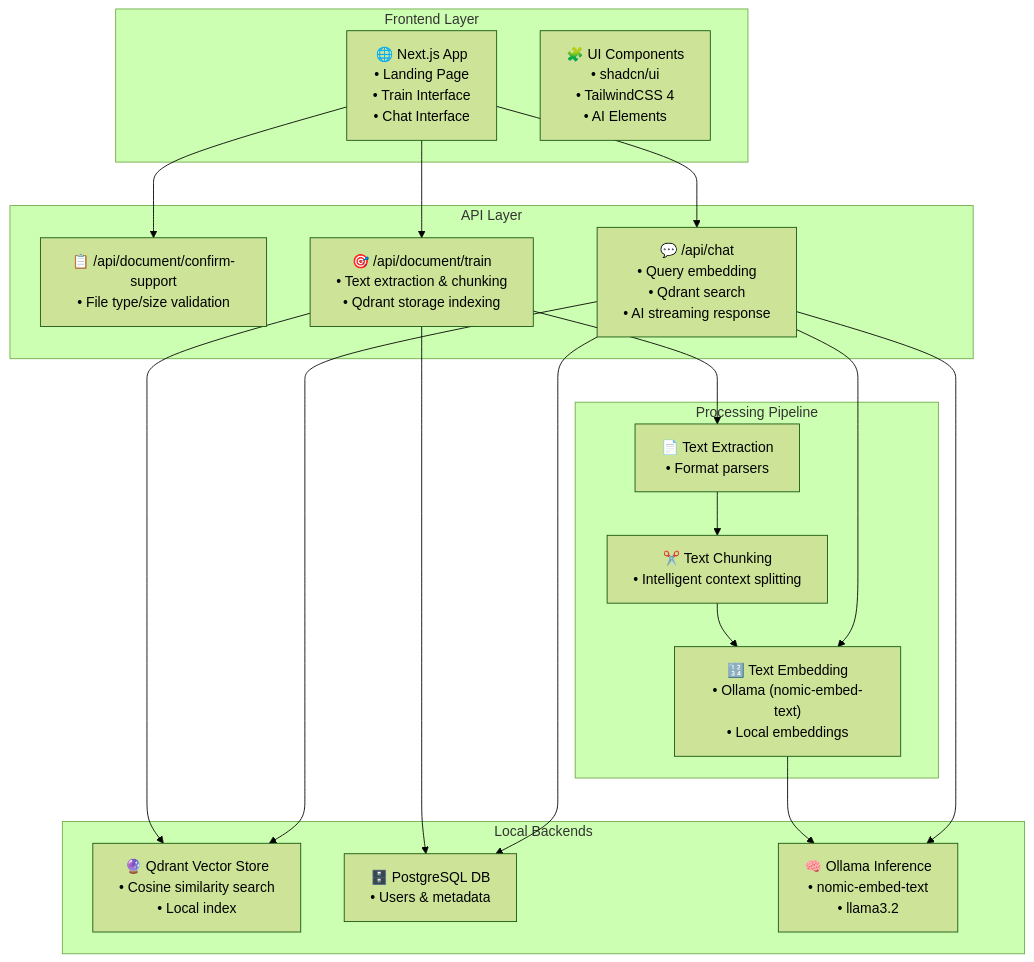
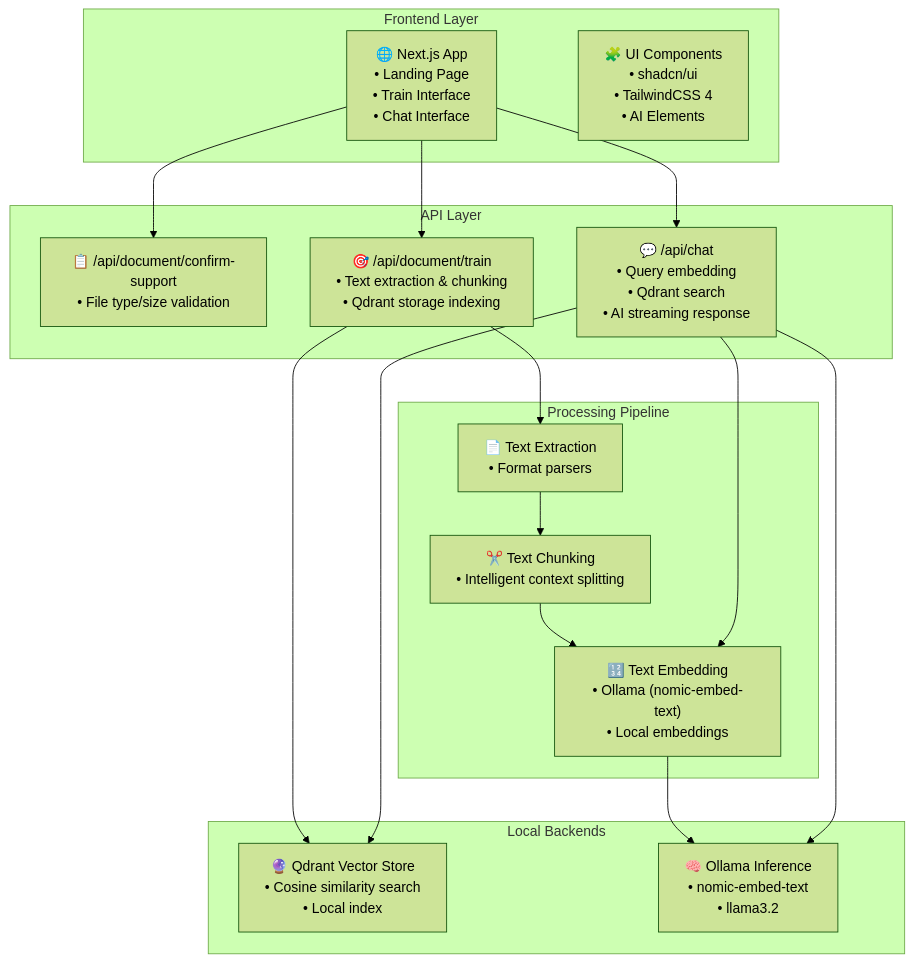
One commit to hemants1703/docochat-ai changed the diagram in README.md. Above: the diagram before and after it, drawn with Mermaid (forest theme). The commit also changed other lines of this file and 4 other files, not shown here.

First line of the commit message:
Remove local PostgreSQL and DB module

````diff
--- a/README.md
+++ b/README.md
@@ -65,42 +64,38 @@
 ```mermaid
 graph TB
     subgraph "Frontend Layer"
         UI["🌐 Next.js App<br/>• Landing Page<br/>• Train Interface<br/>• Chat Interface"]
         Components["🧩 UI Components<br/>• shadcn/ui<br/>• TailwindCSS 4<br/>• AI Elements"]
     end
 
     subgraph "API Layer"
         ConfirmAPI["📋 /api/document/confirm-support<br/>• File type/size validation"]
         TrainAPI["🎯 /api/document/train<br/>• Text extraction & chunking<br/>• Qdrant storage indexing"]
         ChatAPI["💬 /api/chat<br/>• Query embedding<br/>• Qdrant search<br/>• AI streaming response"]
     end
 
     subgraph "Processing Pipeline"
         Extract["📄 Text Extraction<br/>• Format parsers"]
         Chunk["✂️ Text Chunking<br/>• Intelligent context splitting"]
         Embed["🔢 Text Embedding<br/>• Ollama (nomic-embed-text)<br/>• Local embeddings"]
     end
 
     subgraph "Local Backends"
         Qdrant["🔮 Qdrant Vector Store<br/>• Cosine similarity search<br/>• Local index"]
-        PG["🗄️ PostgreSQL DB<br/>• Users & metadata"]
         Ollama["🧠 Ollama Inference<br/>• nomic-embed-text<br/>• llama3.2"]
     end
 
     UI --> ConfirmAPI
     UI --> TrainAPI
     UI --> ChatAPI
     
     TrainAPI --> Extract
     Extract --> Chunk
     Chunk --> Embed
     Embed --> Ollama
     TrainAPI --> Qdrant
     
     ChatAPI --> Embed
     ChatAPI --> Qdrant
     ChatAPI --> Ollama
-    
-    TrainAPI --> PG
-    ChatAPI --> PG
 ```
````
